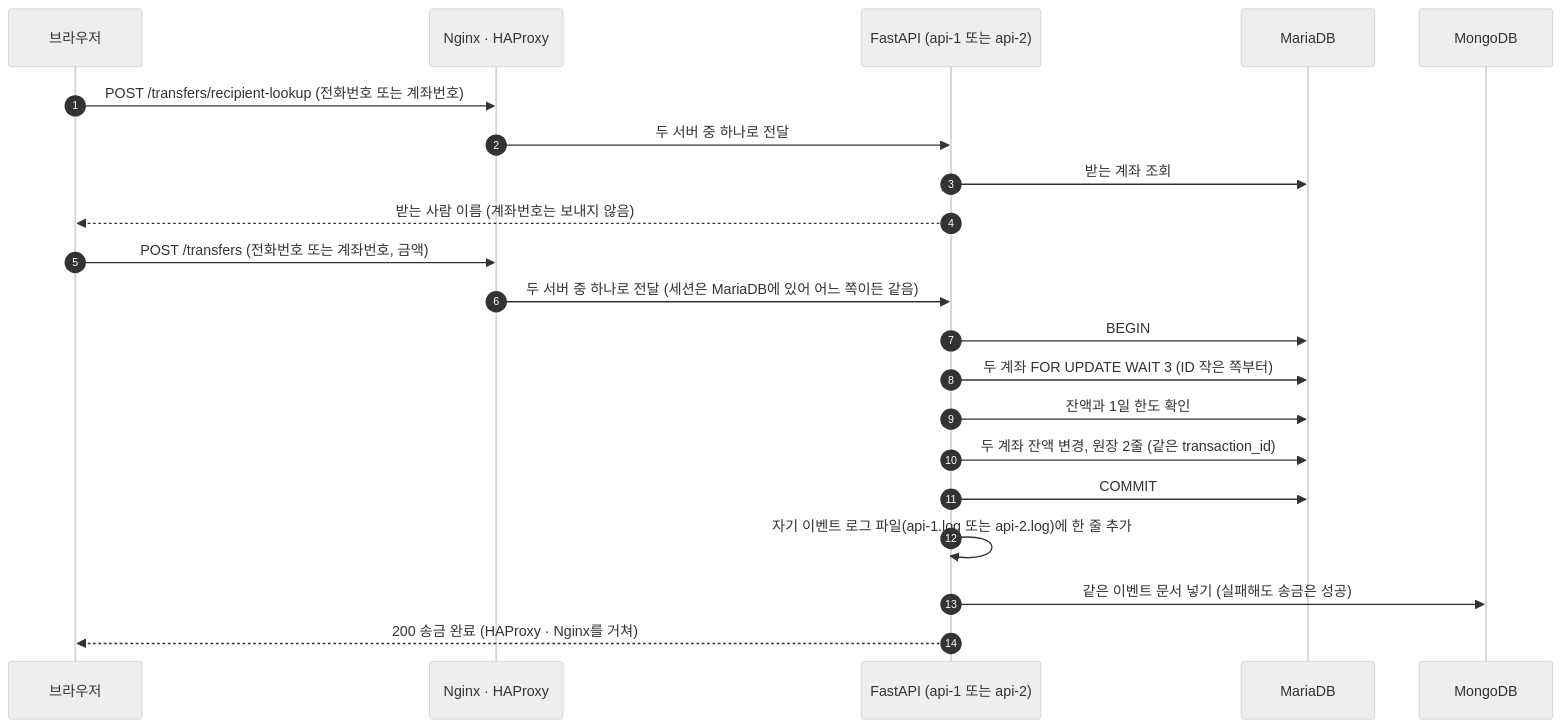
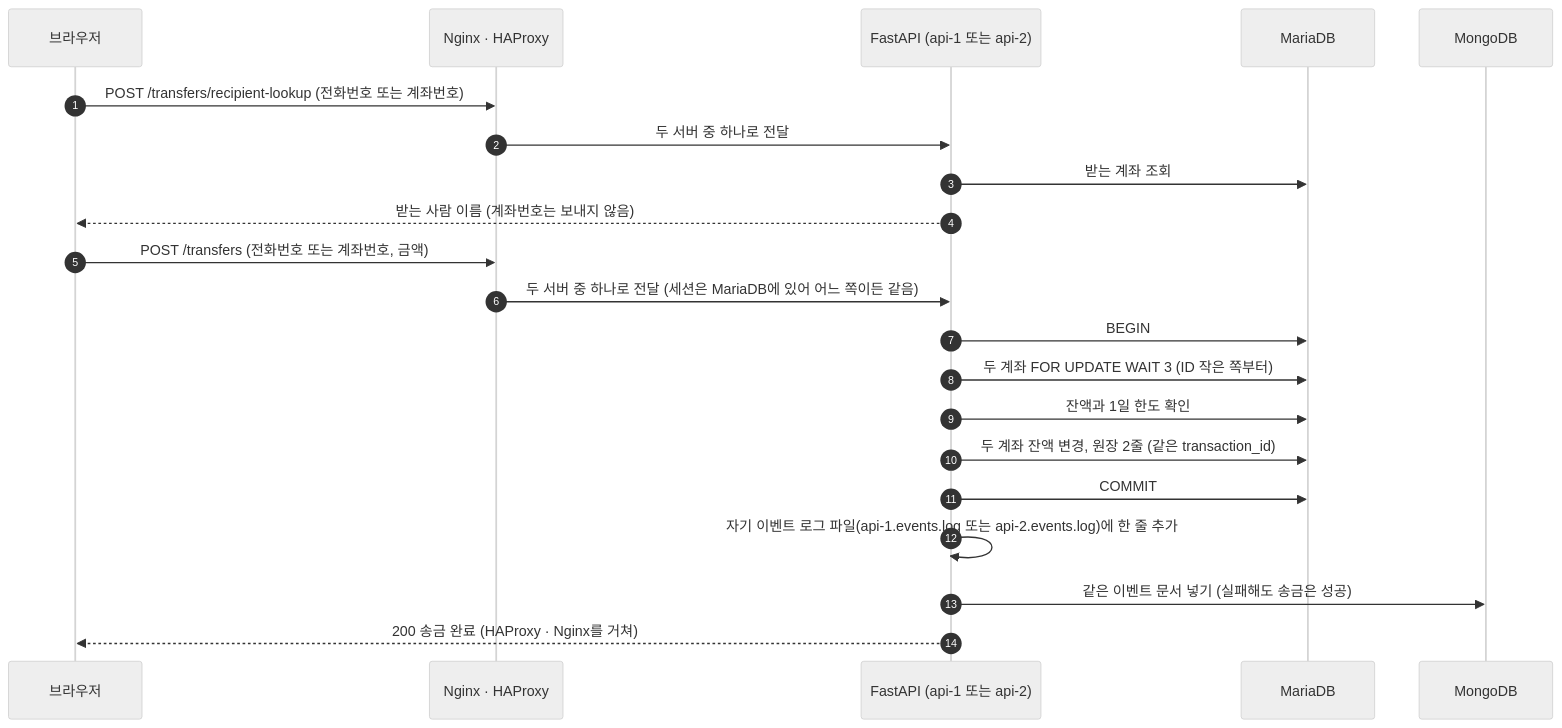
One commit to encore-ai-campus/mlo-03-p1-team3 changed the first of 3 diagrams in README.md. Above: the diagram before and after it, drawn with Mermaid (neutral theme). The commit also changed other lines of this file and 19 other files, not shown here.

````diff
--- a/README.md
+++ b/README.md
@@ -411,24 +414,24 @@
 ```mermaid
 sequenceDiagram
     autonumber
     participant B as 브라우저
     participant H as Nginx · HAProxy
     participant A as FastAPI (api-1 또는 api-2)
     participant M as MariaDB
     participant G as MongoDB
 
     B->>H: POST /transfers/recipient-lookup (전화번호 또는 계좌번호)
     H->>A: 두 서버 중 하나로 전달
     A->>M: 받는 계좌 조회
     A-->>B: 받는 사람 이름 (계좌번호는 보내지 않음)
     B->>H: POST /transfers (전화번호 또는 계좌번호, 금액)
     H->>A: 두 서버 중 하나로 전달 (세션은 MariaDB에 있어 어느 쪽이든 같음)
     A->>M: BEGIN
     A->>M: 두 계좌 FOR UPDATE WAIT 3 (ID 작은 쪽부터)
     A->>M: 잔액과 1일 한도 확인
     A->>M: 두 계좌 잔액 변경, 원장 2줄 (같은 transaction_id)
     A->>M: COMMIT
-    A->>A: 자기 이벤트 로그 파일(api-1.log 또는 api-2.log)에 한 줄 추가
+    A->>A: 자기 이벤트 로그 파일(api-1.events.log 또는 api-2.events.log)에 한 줄 추가
     A->>G: 같은 이벤트 문서 넣기 (실패해도 송금은 성공)
     A-->>B: 200 송금 완료 (HAProxy · Nginx를 거쳐)
 ```
````
